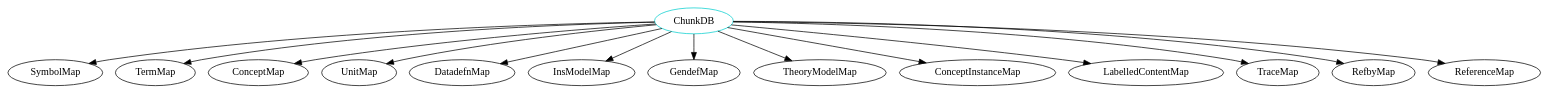
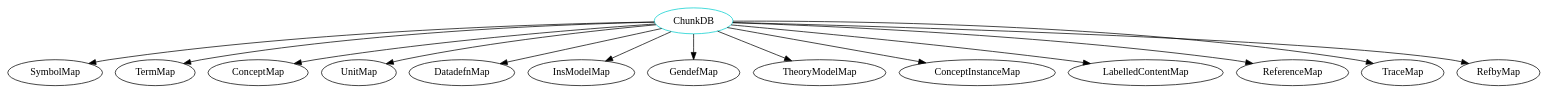
Before and after one commit to JacquesCarette/Drasil: the diagram in analysis/TypeDependencyGraphs/database/ChunkDB.dot, drawn with Graphviz. The commit also changed other lines of this file and 448 other files, not shown here.

```diff
--- a/analysis/TypeDependencyGraphs/database/ChunkDB.dot
+++ b/analysis/TypeDependencyGraphs/database/ChunkDB.dot
@@ -1,16 +1,16 @@
 digraph chunkdb{
 ChunkDB	[shape=oval, color=cyan3, label="ChunkDB"];
 ChunkDB -> SymbolMap;
 ChunkDB -> TermMap;
 ChunkDB -> ConceptMap;
 ChunkDB -> UnitMap;
 ChunkDB -> DatadefnMap;
 ChunkDB -> InsModelMap;
 ChunkDB -> GendefMap;
 ChunkDB -> TheoryModelMap;
 ChunkDB -> ConceptInstanceMap;
 ChunkDB -> LabelledContentMap;
+ChunkDB -> ReferenceMap;
 ChunkDB -> TraceMap;
 ChunkDB -> RefbyMap;
-ChunkDB -> ReferenceMap;
 }
```
